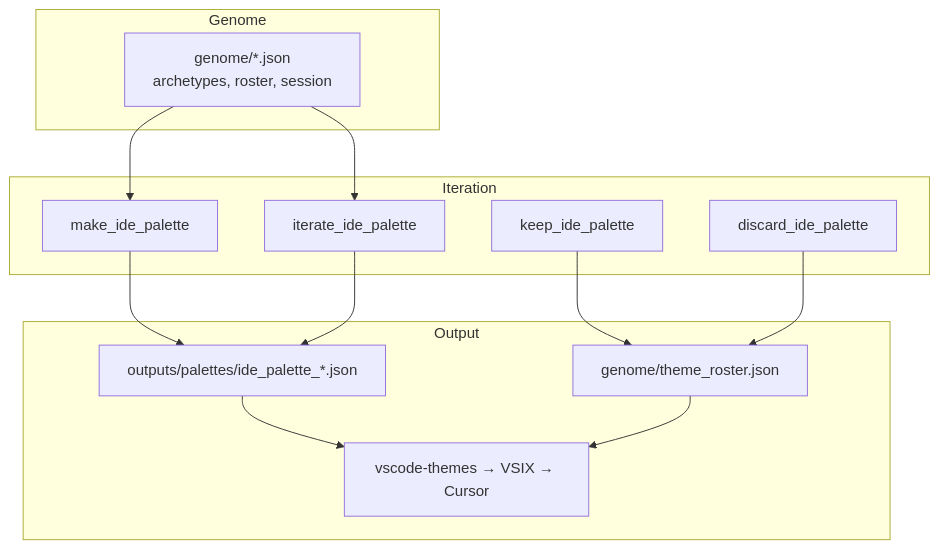
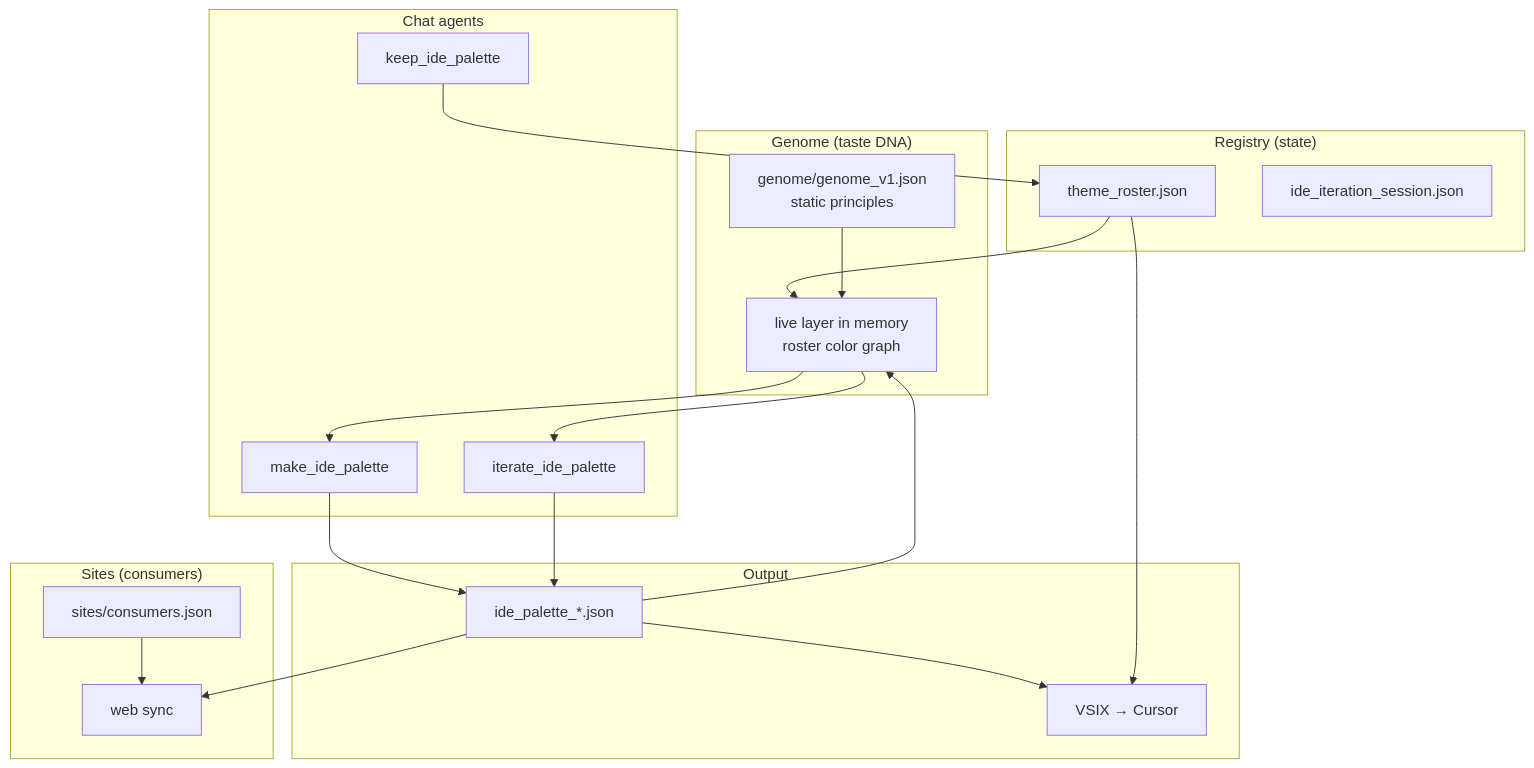
Before and after one commit to ledoit/Rob-Ross: the diagram in AGENTS.md, drawn with Mermaid. The commit also changed other lines of this file and 21 other files, not shown here.

First line of the commit message:
Split genome from registry and sites; add live roster color layer.

````diff
--- a/AGENTS.md
+++ b/AGENTS.md
@@ -7,23 +7,34 @@
 ```mermaid
 flowchart TB
-  subgraph DNA["Genome"]
-    G["genome/*.json<br/>archetypes, roster, session"]
+  subgraph DNA["Genome (taste DNA)"]
+    G["genome/genome_v1.json<br/>static principles"]
+    L["live layer in memory<br/>roster color graph"]
   end
-  subgraph CORE["Iteration"]
+  subgraph REG["Registry (state)"]
+    R["theme_roster.json"]
+    S["ide_iteration_session.json"]
+  end
+  subgraph AGENT["Chat agents"]
     M["make_ide_palette"]
     I["iterate_ide_palette"]
     K["keep_ide_palette"]
-    D["discard_ide_palette"]
   end
   subgraph OUT["Output"]
-    P["outputs/palettes/ide_palette_*.json"]
-    R["genome/theme_roster.json"]
-    V["vscode-themes → VSIX → Cursor"]
+    P["ide_palette_*.json"]
+    V["VSIX → Cursor"]
   end
-  G --> M & I
+  subgraph SITES["Sites (consumers)"]
+    C["sites/consumers.json"]
+    W["web sync"]
+  end
+
+  R --> L
+  P --> L
+  G --> L
+  L --> M & I
   M & I --> P
   K --> R
-  D --> R
-  P --> V
-  R --> V
+  P & R --> V
+  P --> W
+  C --> W
 ```
````
